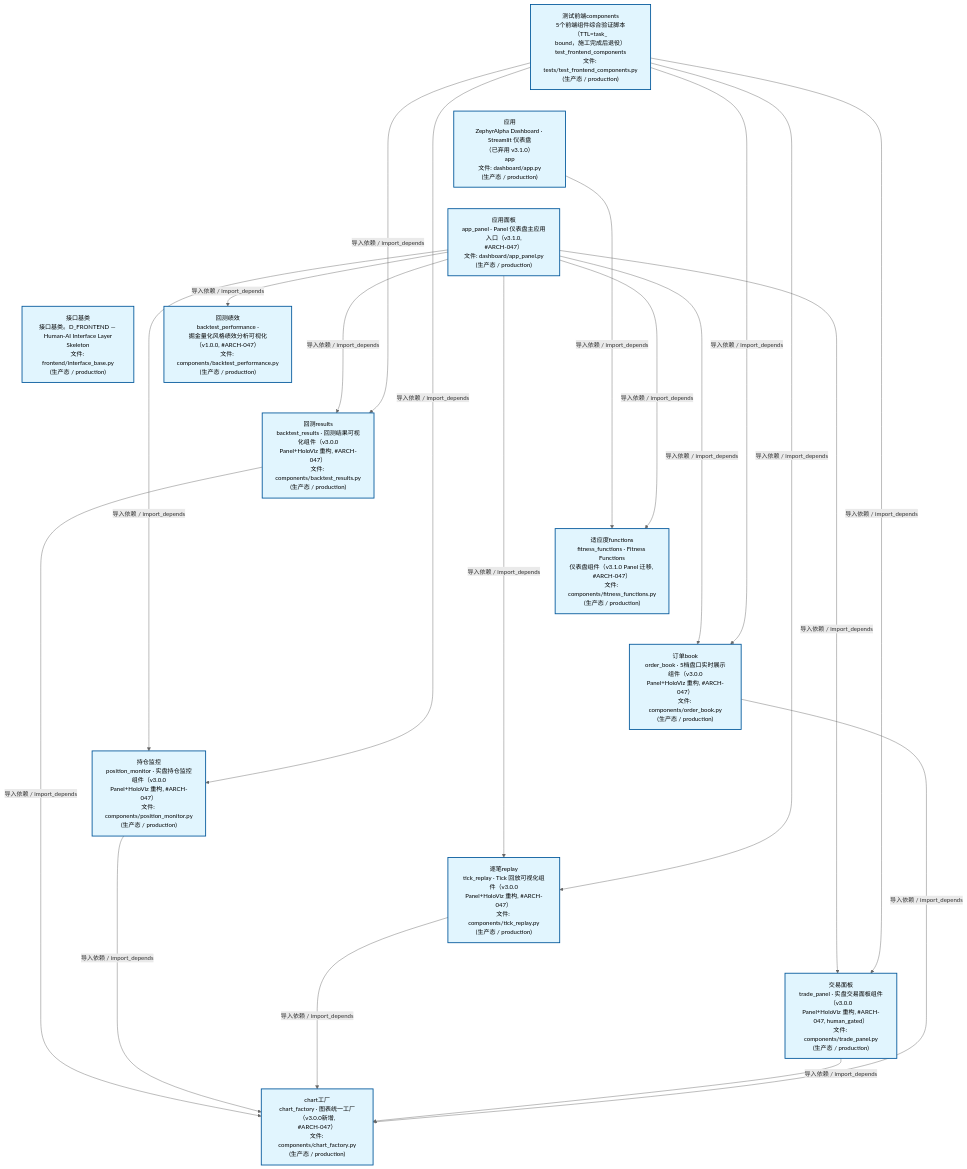
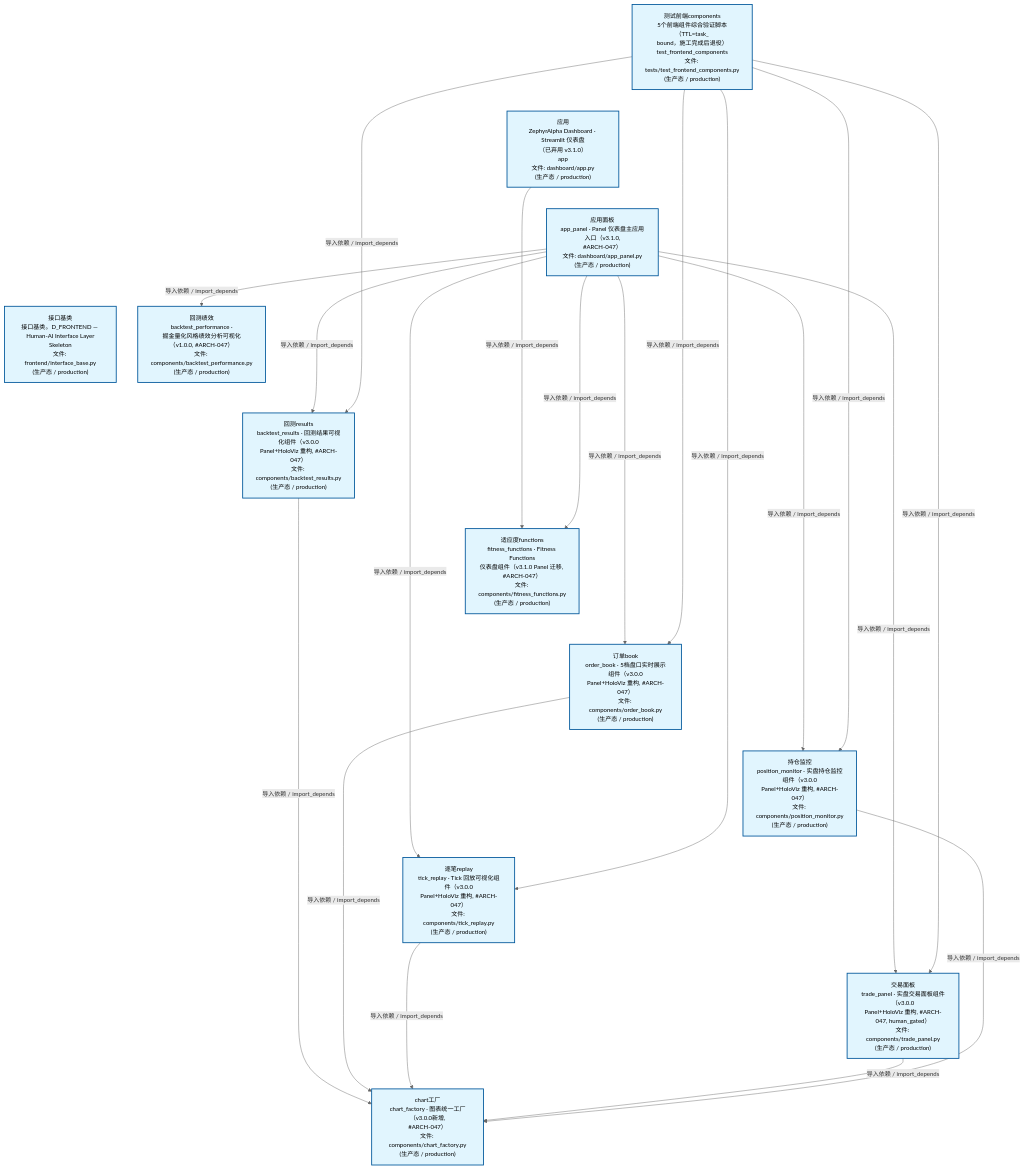
The second of 4 diagrams in docs/02_enterprise_architecture/02_domain_architecture_docs/47_d_frontend.md (xuanFelixVan/ZephyrAlpha), drawn with Mermaid before and after one commit. The commit also changed other lines of this file and 62 other files, not shown here.

````diff
--- a/docs/02_enterprise_architecture/02_domain_architecture_docs/47_d_frontend.md
+++ b/docs/02_enterprise_architecture/02_domain_architecture_docs/47_d_frontend.md
@@ -124,48 +124,48 @@
 ```mermaid
 %%{init: {'theme': 'base', 'themeVariables': {'primaryColor': '#eaeaea', 'primaryTextColor': '#333333', 'primaryBorderColor': '#666666', 'lineColor': '#666666', 'secondaryColor': '#eaeaea', 'tertiaryColor': '#eaeaea', 'fontSize': '14px'}}}%%
 flowchart TD
     scripts_tests_test_frontend_components_py["测试前端components<br/>5个前端组件综合验证脚本（TTL=task_<br/>bound，施工完成后退役）<br/>test_frontend_components<br/>文件: tests/test_frontend_components.py<br/>(生产态 / production)"]
     src_zephyr_frontend_dashboard_app_py["应用<br/>ZephyrAlpha Dashboard · Streamlit 仪表盘<br/>（已弃用 v3.1.0）<br/>app<br/>文件: dashboard/app.py<br/>(生产态 / production)"]
     src_zephyr_frontend_dashboard_app_panel_py["应用面板<br/>app_panel · Panel 仪表盘主应用入口（v3.1.0,<br/>#ARCH-047）<br/>文件: dashboard/app_panel.py<br/>(生产态 / production)"]
     src_zephyr_frontend_interface_base_py["接口基类<br/>接口基类。D_FRONTEND — Human-AI Interface Layer<br/>Skeleton<br/>文件: frontend/interface_base.py<br/>(生产态 / production)"]
     scripts_tests_test_frontend_components_py ~~~ src_zephyr_frontend_dashboard_app_py
     src_zephyr_frontend_dashboard_app_py ~~~ src_zephyr_frontend_dashboard_app_panel_py
     src_zephyr_frontend_dashboard_app_panel_py ~~~ src_zephyr_frontend_interface_base_py
     src_zephyr_frontend_dashboard_components_backtest_performance_py["回测绩效<br/>backtest_performance ·<br/>掘金量化风格绩效分析可视化（v1.0.0, #ARCH-047）<br/>文件: components/backtest_performance.py<br/>(生产态 / production)"]
     src_zephyr_frontend_dashboard_components_backtest_results_py["回测results<br/>backtest_results · 回测结果可视化组件（v3.0.0<br/>Panel+HoloViz 重构, #ARCH-047）<br/>文件: components/backtest_results.py<br/>(生产态 / production)"]
     src_zephyr_frontend_dashboard_components_fitness_functions_py["适应度functions<br/>fitness_functions · Fitness Functions<br/>仪表盘组件（v3.1.0 Panel 迁移, #ARCH-047）<br/>文件: components/fitness_functions.py<br/>(生产态 / production)"]
     src_zephyr_frontend_dashboard_components_order_book_py["订单book<br/>order_book · 5档盘口实时展示组件（v3.0.0<br/>Panel+HoloViz 重构, #ARCH-047）<br/>文件: components/order_book.py<br/>(生产态 / production)"]
     src_zephyr_frontend_dashboard_components_position_monitor_py["持仓监控<br/>position_monitor · 实盘持仓监控组件（v3.0.0<br/>Panel+HoloViz 重构, #ARCH-047）<br/>文件: components/position_monitor.py<br/>(生产态 / production)"]
     src_zephyr_frontend_dashboard_components_tick_replay_py["逐笔replay<br/>tick_replay · Tick 回放可视化组件（v3.0.0<br/>Panel+HoloViz 重构, #ARCH-047）<br/>文件: components/tick_replay.py<br/>(生产态 / production)"]
     src_zephyr_frontend_dashboard_components_trade_panel_py["交易面板<br/>trade_panel · 实盘交易面板组件（v3.0.0<br/>Panel+HoloViz 重构, #ARCH-047, human_gated）<br/>文件: components/trade_panel.py<br/>(生产态 / production)"]
     src_zephyr_frontend_dashboard_components_backtest_performance_py ~~~ src_zephyr_frontend_dashboard_components_backtest_results_py
     src_zephyr_frontend_dashboard_components_backtest_results_py ~~~ src_zephyr_frontend_dashboard_components_fitness_functions_py
     src_zephyr_frontend_dashboard_components_fitness_functions_py ~~~ src_zephyr_frontend_dashboard_components_order_book_py
     src_zephyr_frontend_dashboard_components_order_book_py ~~~ src_zephyr_frontend_dashboard_components_position_monitor_py
     src_zephyr_frontend_dashboard_components_position_monitor_py ~~~ src_zephyr_frontend_dashboard_components_tick_replay_py
     src_zephyr_frontend_dashboard_components_tick_replay_py ~~~ src_zephyr_frontend_dashboard_components_trade_panel_py
     src_zephyr_frontend_dashboard_components_chart_factory_py["chart工厂<br/>chart_factory · 图表统一工厂（v3.0.0新增,<br/>#ARCH-047）<br/>文件: components/chart_factory.py<br/>(生产态 / production)"]
     src_zephyr_frontend_dashboard_app_py -->|导入依赖 / import_depends| src_zephyr_frontend_dashboard_components_fitness_functions_py
+    src_zephyr_frontend_dashboard_app_panel_py -->|导入依赖 / import_depends| src_zephyr_frontend_dashboard_components_backtest_results_py
     src_zephyr_frontend_dashboard_app_panel_py -->|导入依赖 / import_depends| src_zephyr_frontend_dashboard_components_fitness_functions_py
-    src_zephyr_frontend_dashboard_app_panel_py -->|导入依赖 / import_depends| src_zephyr_frontend_dashboard_components_backtest_results_py
     src_zephyr_frontend_dashboard_app_panel_py -->|导入依赖 / import_depends| src_zephyr_frontend_dashboard_components_backtest_performance_py
-    src_zephyr_frontend_dashboard_app_panel_py -->|导入依赖 / import_depends| src_zephyr_frontend_dashboard_components_position_monitor_py
+    src_zephyr_frontend_dashboard_app_panel_py -->|导入依赖 / import_depends| src_zephyr_frontend_dashboard_components_order_book_py
     src_zephyr_frontend_dashboard_app_panel_py -->|导入依赖 / import_depends| src_zephyr_frontend_dashboard_components_tick_replay_py
     src_zephyr_frontend_dashboard_app_panel_py -->|导入依赖 / import_depends| src_zephyr_frontend_dashboard_components_trade_panel_py
-    src_zephyr_frontend_dashboard_app_panel_py -->|导入依赖 / import_depends| src_zephyr_frontend_dashboard_components_order_book_py
+    src_zephyr_frontend_dashboard_app_panel_py -->|导入依赖 / import_depends| src_zephyr_frontend_dashboard_components_position_monitor_py
     src_zephyr_frontend_dashboard_components_backtest_results_py -->|导入依赖 / import_depends| src_zephyr_frontend_dashboard_components_chart_factory_py
-    src_zephyr_frontend_dashboard_components_position_monitor_py -->|导入依赖 / import_depends| src_zephyr_frontend_dashboard_components_chart_factory_py
+    src_zephyr_frontend_dashboard_components_order_book_py -->|导入依赖 / import_depends| src_zephyr_frontend_dashboard_components_chart_factory_py
     src_zephyr_frontend_dashboard_components_tick_replay_py -->|导入依赖 / import_depends| src_zephyr_frontend_dashboard_components_chart_factory_py
     src_zephyr_frontend_dashboard_components_trade_panel_py -->|导入依赖 / import_depends| src_zephyr_frontend_dashboard_components_chart_factory_py
-    src_zephyr_frontend_dashboard_components_order_book_py -->|导入依赖 / import_depends| src_zephyr_frontend_dashboard_components_chart_factory_py
+    src_zephyr_frontend_dashboard_components_position_monitor_py -->|导入依赖 / import_depends| src_zephyr_frontend_dashboard_components_chart_factory_py
     scripts_tests_test_frontend_components_py -->|导入依赖 / import_depends| src_zephyr_frontend_dashboard_components_backtest_results_py
-    scripts_tests_test_frontend_components_py -->|导入依赖 / import_depends| src_zephyr_frontend_dashboard_components_position_monitor_py
+    scripts_tests_test_frontend_components_py -->|导入依赖 / import_depends| src_zephyr_frontend_dashboard_components_order_book_py
     scripts_tests_test_frontend_components_py -->|导入依赖 / import_depends| src_zephyr_frontend_dashboard_components_tick_replay_py
     scripts_tests_test_frontend_components_py -->|导入依赖 / import_depends| src_zephyr_frontend_dashboard_components_trade_panel_py
-    scripts_tests_test_frontend_components_py -->|导入依赖 / import_depends| src_zephyr_frontend_dashboard_components_order_book_py
+    scripts_tests_test_frontend_components_py -->|导入依赖 / import_depends| src_zephyr_frontend_dashboard_components_position_monitor_py
     classDef production fill:#e1f5fe,stroke:#01579b,stroke-width:2px,color:#000
     classDef design fill:#fff3e0,stroke:#e65100,stroke-width:2px,color:#000,stroke-dasharray: 5 5
     classDef external_prod fill:#e8f4fd,stroke:#0277bd,stroke-width:1px,color:#000
     classDef external_design fill:#fff8e7,stroke:#ef6c00,stroke-width:1px,color:#000,stroke-dasharray: 5 5
     class scripts_tests_test_frontend_components_py,src_zephyr_frontend_dashboard_app_py,src_zephyr_frontend_dashboard_app_panel_py,src_zephyr_frontend_dashboard_components_backtest_performance_py,src_zephyr_frontend_dashboard_components_backtest_results_py,src_zephyr_frontend_dashboard_components_chart_factory_py,src_zephyr_frontend_dashboard_components_fitness_functions_py,src_zephyr_frontend_dashboard_components_order_book_py,src_zephyr_frontend_dashboard_components_position_monitor_py,src_zephyr_frontend_dashboard_components_tick_replay_py,src_zephyr_frontend_dashboard_components_trade_panel_py,src_zephyr_frontend_interface_base_py production
 ```
````
